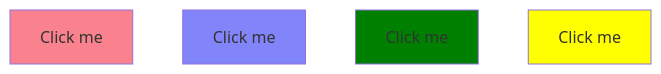
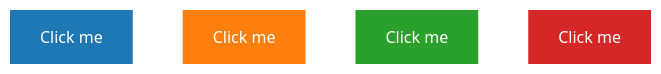
One commit to sighingnow/jekyll-gitbook changed the third of 3 diagrams in _posts/2024-05-27-exp_design.md. Above: the diagram before and after it, drawn with Mermaid. The commit also changed other lines of this file and 1 other file, not shown here.

Commit message:
button design

````diff
--- a/_posts/2024-05-27-exp_design.md
+++ b/_posts/2024-05-27-exp_design.md
@@ -590,13 +590,13 @@
 ```mermaid
 graph TD;
 id1["Click me"];
 id2["Click me"];
 id3["Click me"];
 id4["Click me"];
 
-style id1 fill:#fa828e
-style id2 fill:#8284fa
-style id3 fill:green
-style id4 fill:yellow
+style id1 fill:#1f77b4,stroke-width:0px,color:white
+style id2 fill:#ff7f0e,stroke-width:0px,color:white
+style id3 fill:#2ca02c,stroke-width:0px,color:white
+style id4 fill:#d62728,stroke-width:0px,color:white
 
 ```
````
